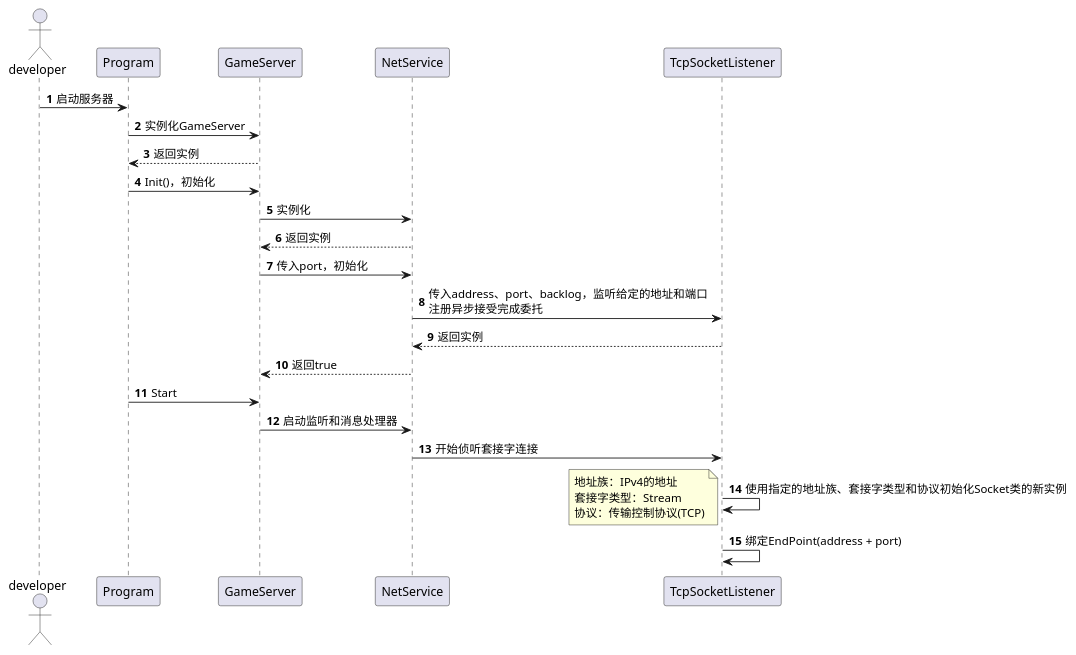
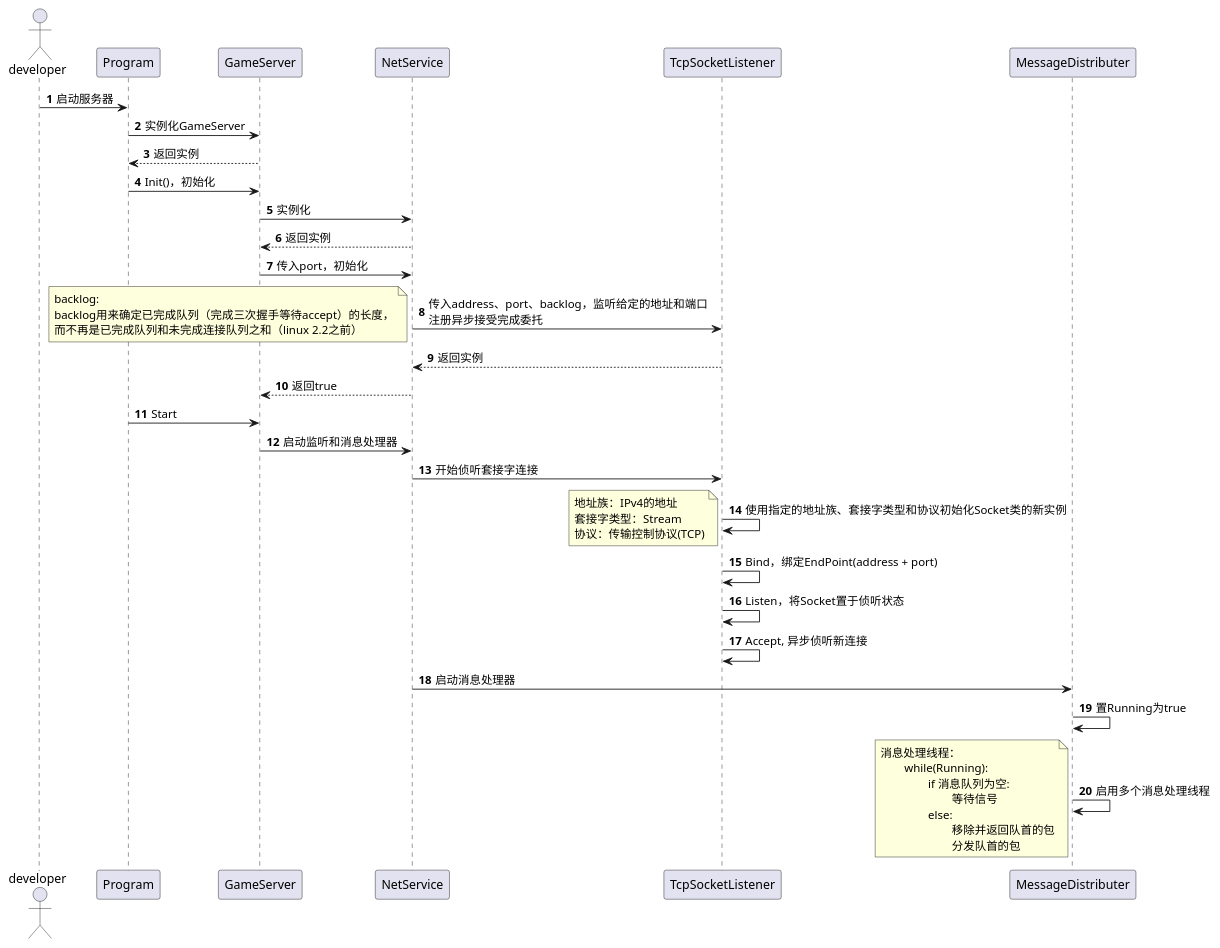
One commit to mkitto/mmo-1 changed the diagram in ExtremeWorld/uml/server_net_seq.puml. Above: the diagram before and after it, drawn with PlantUML. The commit also changed 1 other file, not shown here.

Commit message:
网络部分时序图

```diff
--- a/ExtremeWorld/uml/server_net_seq.puml
+++ b/ExtremeWorld/uml/server_net_seq.puml
@@ -1,27 +1,46 @@
 @startuml
 'https://plantuml.com/sequence-diagram
 
 autonumber
 actor developer
 developer -> Program: 启动服务器
 Program -> GameServer: 实例化GameServer
 GameServer --> Program: 返回实例
 Program -> GameServer: Init()，初始化
 GameServer -> NetService: 实例化
 NetService --> GameServer: 返回实例
 GameServer -> NetService: 传入port，初始化
 NetService -> TcpSocketListener: 传入address、port、backlog，监听给定的地址和端口\n注册异步接受完成委托
+note left
+backlog:
+backlog用来确定已完成队列（完成三次握手等待accept）的长度，
+而不再是已完成队列和未完成连接队列之和（linux 2.2之前）
+end note
 TcpSocketListener --> NetService: 返回实例
 NetService --> GameServer: 返回true
 Program -> GameServer: Start
 GameServer -> NetService: 启动监听和消息处理器
 NetService -> TcpSocketListener: 开始侦听套接字连接
 TcpSocketListener -> TcpSocketListener: 使用指定的地址族、套接字类型和协议初始化Socket类的新实例
 note left
 地址族：IPv4的地址
 套接字类型：Stream
 协议：传输控制协议(TCP)
 end note
-TcpSocketListener -> TcpSocketListener: 绑定EndPoint(address + port)
+TcpSocketListener -> TcpSocketListener: Bind，绑定EndPoint(address + port)
+TcpSocketListener -> TcpSocketListener: Listen，将Socket置于侦听状态
+TcpSocketListener -> TcpSocketListener: Accept, 异步侦听新连接
+NetService -> MessageDistributer: 启动消息处理器
+MessageDistributer -> MessageDistributer: 置Running为true
+MessageDistributer -> MessageDistributer: 启用多个消息处理线程
+note left
+消息处理线程：
+	while(Running):
+		if 消息队列为空:
+			等待信号
+		else:
+			移除并返回队首的包
+			分发队首的包
+end note
 
 @enduml
```
